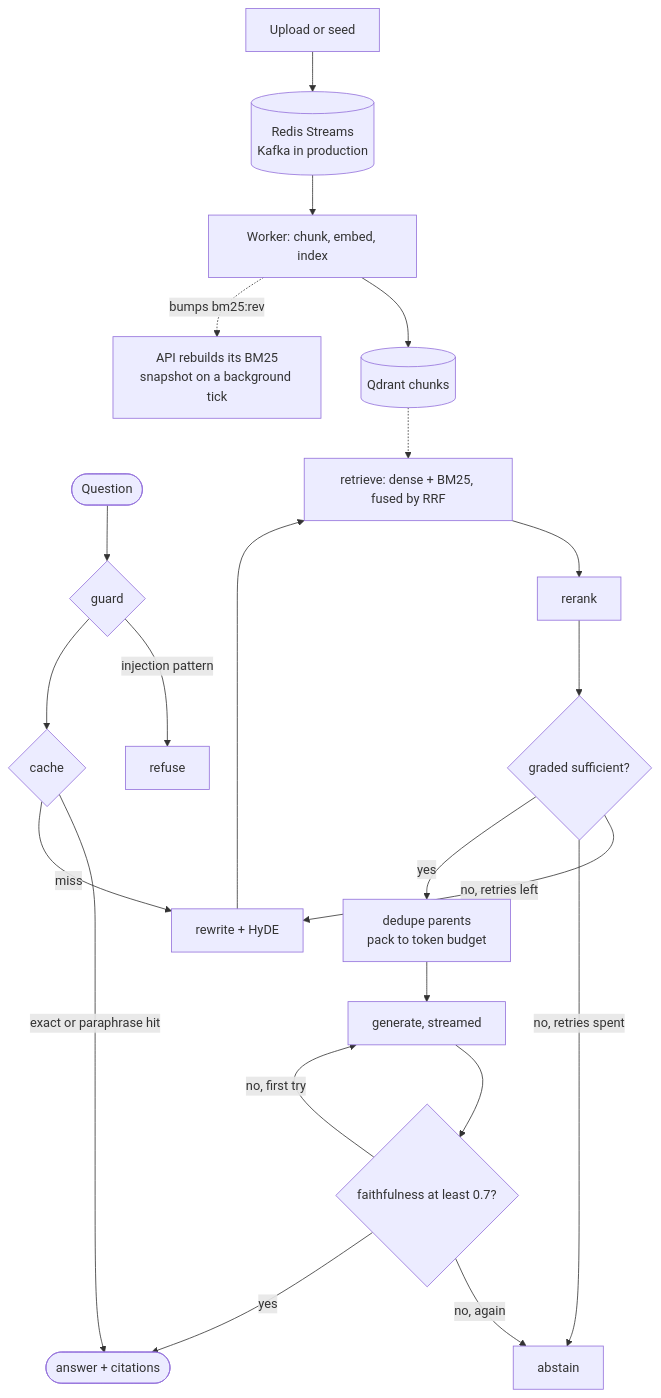
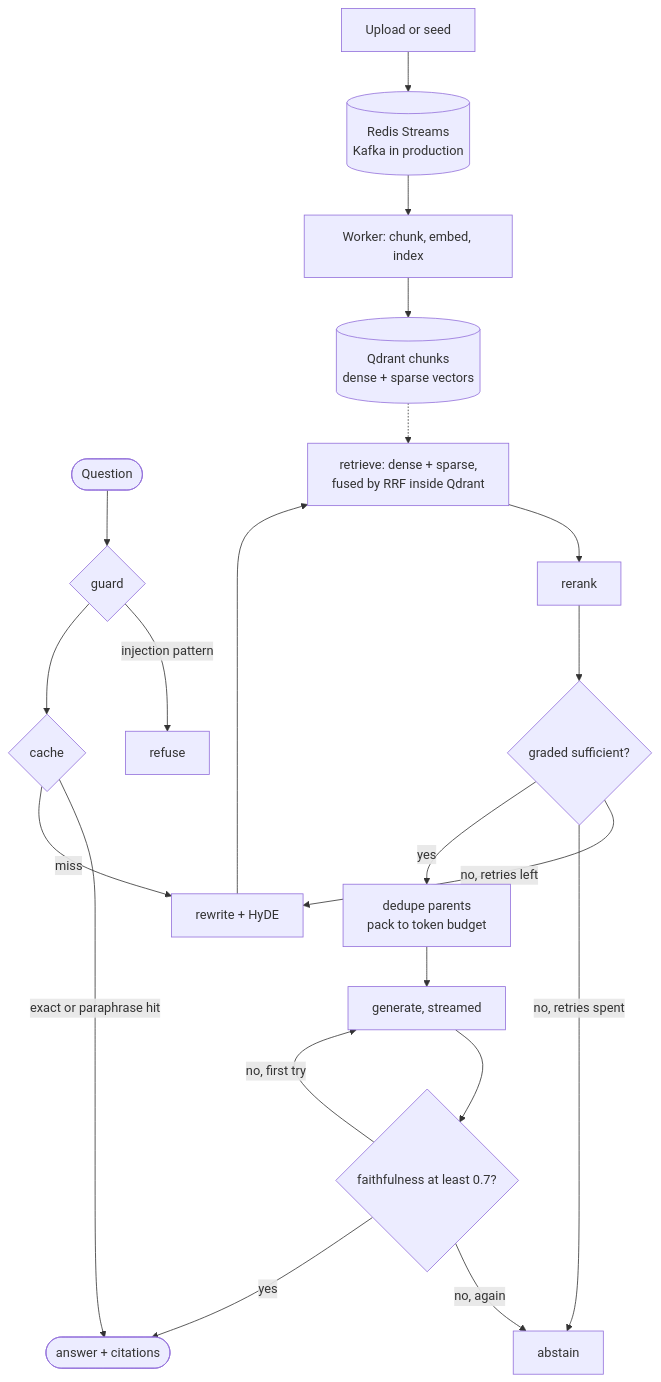
The diagram in README.md (Nianchao-Code/Atlas-AI), drawn with Mermaid before and after one commit. The commit also changed other lines of this file and 23 other files, not shown here.

````diff
--- a/README.md
+++ b/README.md
@@ -78,25 +94,24 @@
 ```mermaid
 flowchart TD
     U["Upload or seed"] --> Q[("Redis Streams<br/>Kafka in production")]
     Q --> W["Worker: chunk, embed, index"]
-    W --> QD[("Qdrant chunks")]
-    W -. "bumps bm25:rev" .-> BR["API rebuilds its BM25<br/>snapshot on a background tick"]
+    W --> QD[("Qdrant chunks<br/>dense + sparse vectors")]
 
     A(["Question"]) --> G{"guard"}
     G -- "injection pattern" --> X["refuse"]
     G --> C{"cache"}
     C -- "exact or paraphrase hit" --> DONE(["answer + citations"])
     C -- "miss" --> RW["rewrite + HyDE"]
-    RW --> RT["retrieve: dense + BM25, fused by RRF"]
+    RW --> RT["retrieve: dense + sparse,<br/>fused by RRF inside Qdrant"]
     QD -.-> RT
     RT --> RR["rerank"]
     RR --> GR{"graded sufficient?"}
     GR -- "no, retries left" --> RW
     GR -- "no, retries spent" --> AB["abstain"]
     GR -- "yes" --> CP["dedupe parents<br/>pack to token budget"]
     CP --> GEN["generate, streamed"]
     GEN --> F{"faithfulness at least 0.7?"}
     F -- "no, first try" --> GEN
     F -- "no, again" --> AB
     F -- "yes" --> DONE
 ```
````
